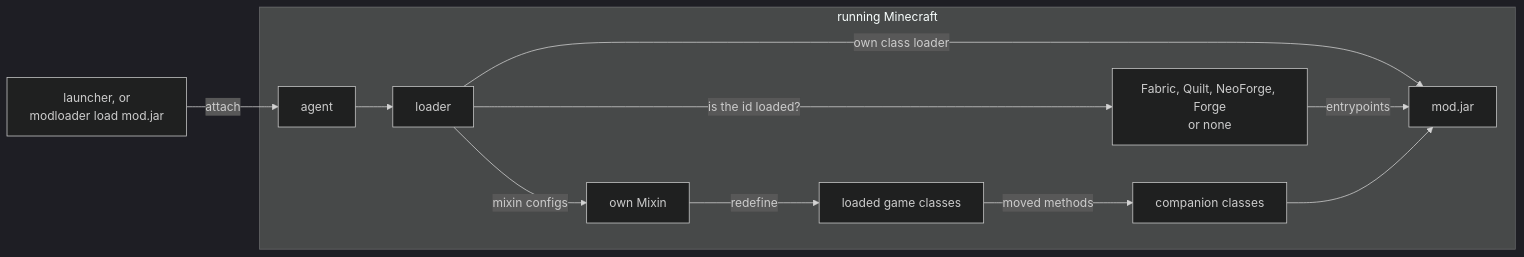
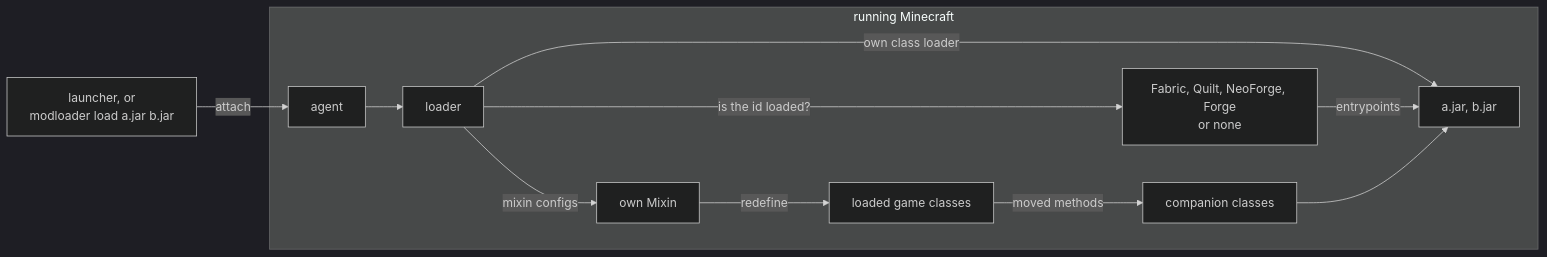
The diagram in docs/how-it-works.md (CCBlueX/ModLoader), drawn with Mermaid (dark theme) before and after one commit. The commit also changed other lines of this file and 19 other files, not shown here.

````diff
--- a/docs/how-it-works.md
+++ b/docs/how-it-works.md
@@ -8,14 +8,14 @@
 ```mermaid
 flowchart LR
-    cli["launcher, or<br/>modloader load mod.jar"] -- attach --> agent
+    cli["launcher, or<br/>modloader load a.jar b.jar"] -- attach --> agent
     subgraph game ["running Minecraft"]
         agent --> loader
         loader -- "is the id loaded?" --> framework["Fabric, Quilt, NeoForge, Forge<br/>or none"]
-        loader -- "own class loader" --> mod["mod.jar"]
+        loader -- "own class loader" --> mod["a.jar, b.jar"]
         framework -- entrypoints --> mod
         loader -- "mixin configs" --> mixin["own Mixin"]
         mixin -- "redefine" --> classes["loaded game classes"]
         classes -- "moved methods" --> companions["companion classes"]
         companions --> mod
     end
 ```
````
